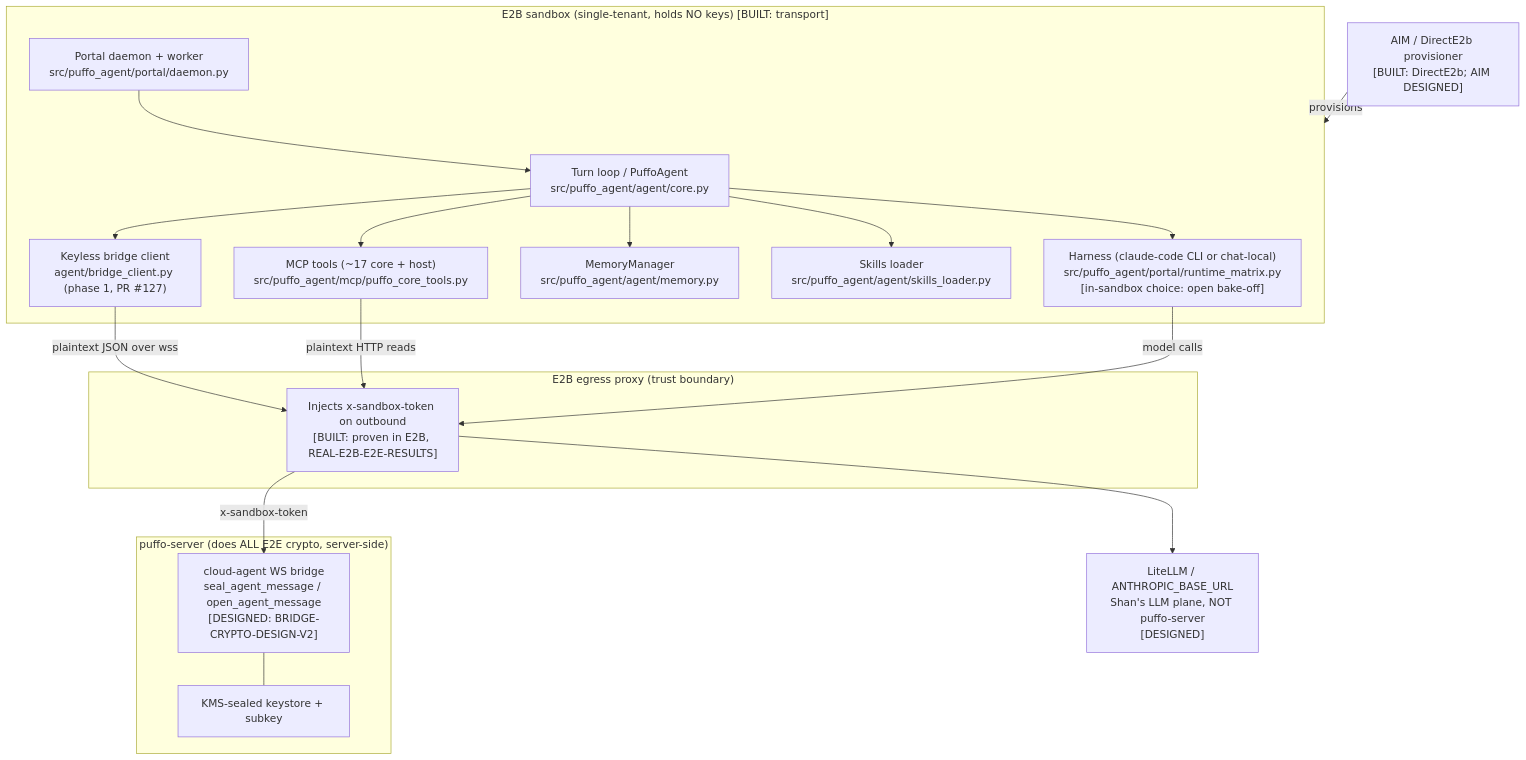
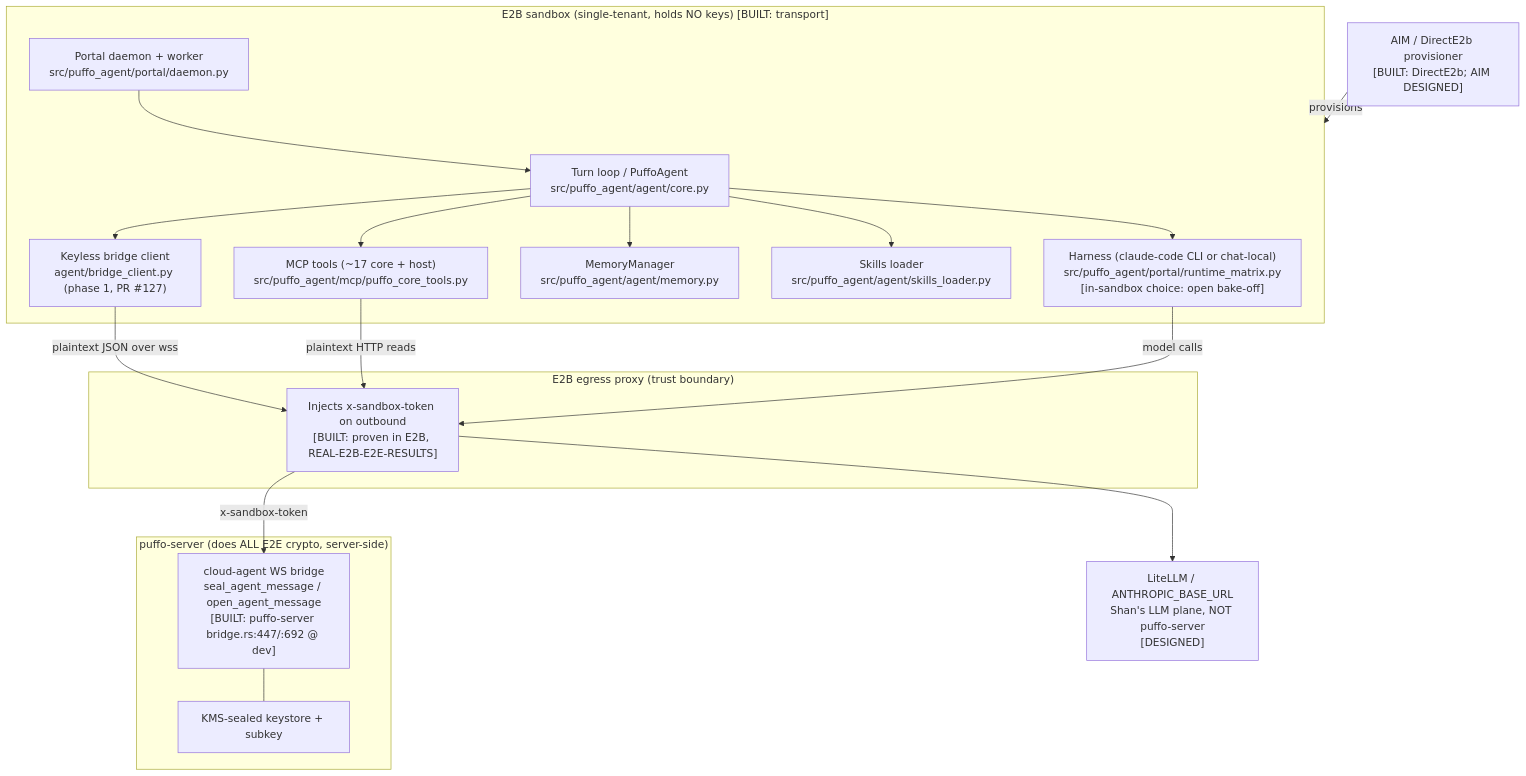
Before and after one commit to puffo-ai/puffo-agent: the first of 4 diagrams in docs/FAT-CLOUD-ARCHITECTURE.md, drawn with Mermaid. The commit also changed other lines of this file, not shown here.

First line of the commit message:
docs: fat-cloud architecture revision — address review G1-G4 + 6 MISSING-GAP dispositions

````diff
--- a/docs/FAT-CLOUD-ARCHITECTURE.md
+++ b/docs/FAT-CLOUD-ARCHITECTURE.md
@@ -67,38 +70,38 @@
 ```mermaid
 flowchart TB
     subgraph sandbox["E2B sandbox (single-tenant, holds NO keys) [BUILT: transport]"]
         core["Turn loop / PuffoAgent<br/>src/puffo_agent/agent/core.py"]
         harness["Harness (claude-code CLI or chat-local)<br/>src/puffo_agent/portal/runtime_matrix.py<br/>[in-sandbox choice: open bake-off]"]
         mcp["MCP tools (~17 core + host)<br/>src/puffo_agent/mcp/puffo_core_tools.py"]
         mem["MemoryManager<br/>src/puffo_agent/agent/memory.py"]
         skills["Skills loader<br/>src/puffo_agent/agent/skills_loader.py"]
         portal["Portal daemon + worker<br/>src/puffo_agent/portal/daemon.py"]
         bridge["Keyless bridge client<br/>agent/bridge_client.py (phase 1, PR #127)"]
         core --> harness
         core --> mcp
         core --> mem
         core --> skills
         portal --> core
         core --> bridge
     end
 
     subgraph egress["E2B egress proxy (trust boundary)"]
         inject["Injects x-sandbox-token on outbound<br/>[BUILT: proven in E2B, REAL-E2B-E2E-RESULTS]"]
     end
 
     subgraph server["puffo-server (does ALL E2E crypto, server-side)"]
-        wsbridge["cloud-agent WS bridge<br/>seal_agent_message / open_agent_message<br/>[DESIGNED: BRIDGE-CRYPTO-DESIGN-V2]"]
+        wsbridge["cloud-agent WS bridge<br/>seal_agent_message / open_agent_message<br/>[BUILT: puffo-server bridge.rs:447/:692 @ dev]"]
         kms["KMS-sealed keystore + subkey"]
     end
 
     litellm["LiteLLM / ANTHROPIC_BASE_URL<br/>Shan's LLM plane, NOT puffo-server<br/>[DESIGNED]"]
     aim["AIM / DirectE2b provisioner<br/>[BUILT: DirectE2b; AIM DESIGNED]"]
 
     bridge -->|plaintext JSON over wss| inject
     mcp -->|plaintext HTTP reads| inject
     inject -->|x-sandbox-token| wsbridge
     wsbridge --- kms
     harness -->|model calls| inject
     inject --> litellm
     aim -->|provisions| sandbox
 ```
````
